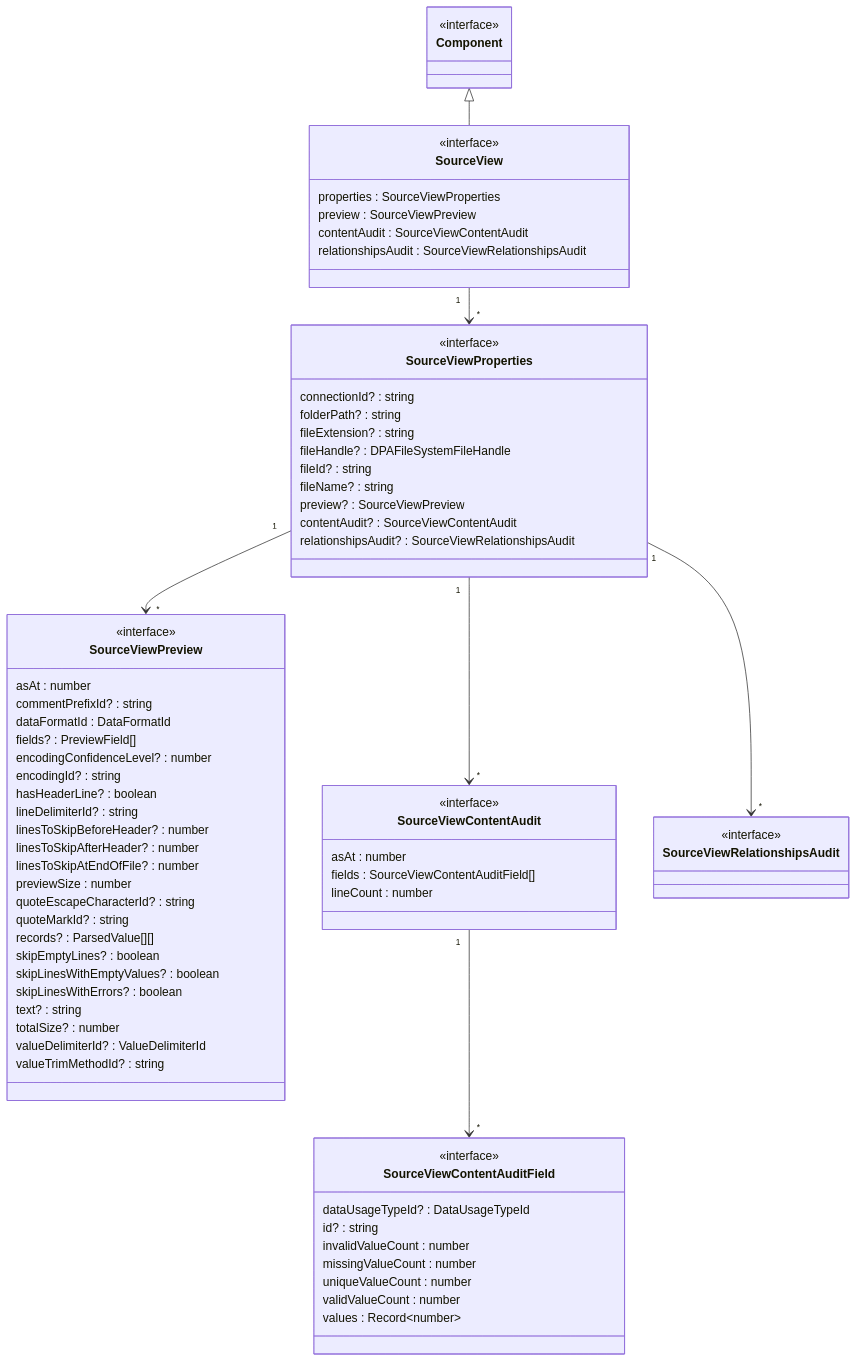
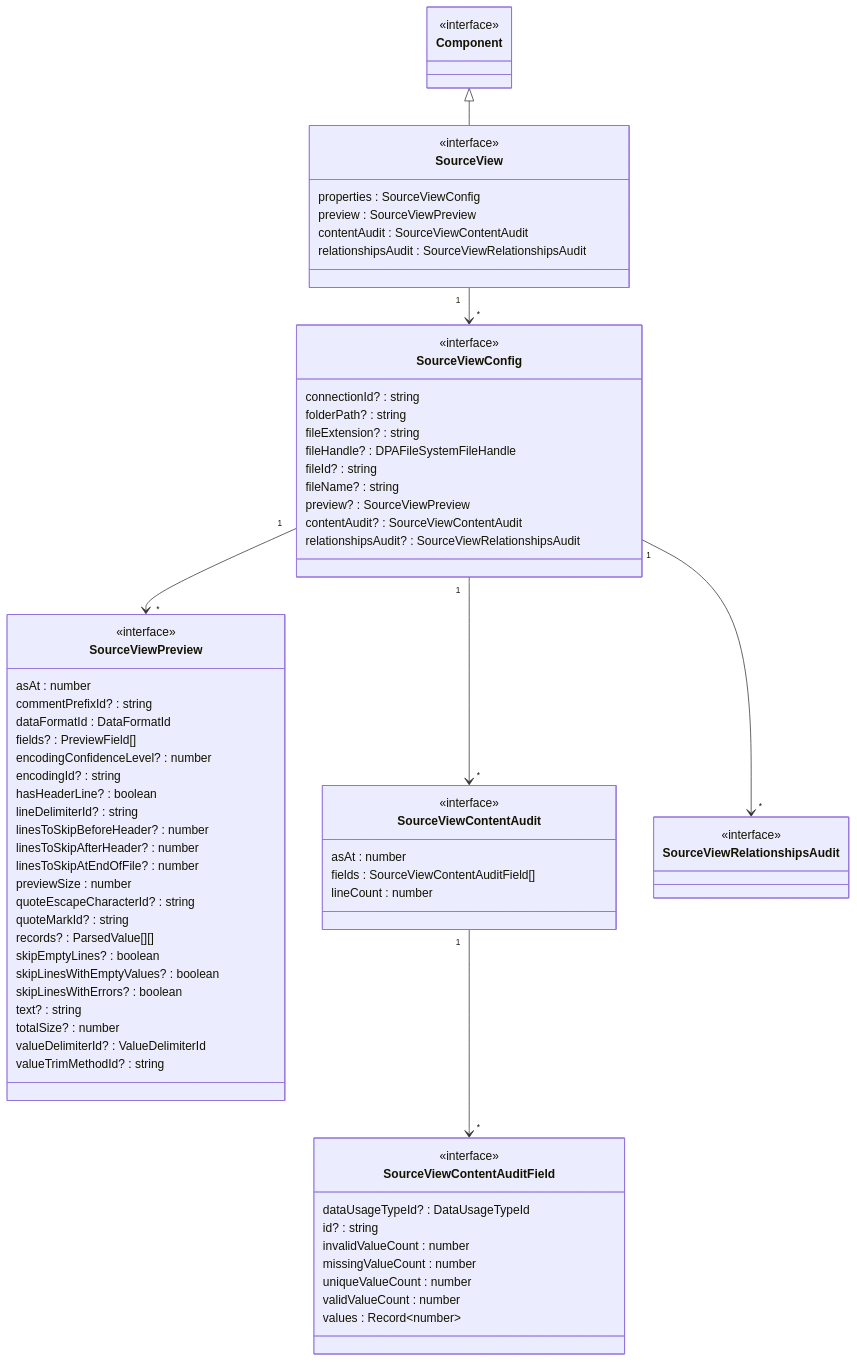
Before and after one commit to data-positioning/datapos-shared: diagram 18 of 22 in README.md, drawn with Mermaid. The commit also changed 3 other files, not shown here.

```diff
--- a/README.md
+++ b/README.md
@@ -604,7 +604,7 @@
 
     class SourceView {
         <<interface>>
-        properties : SourceViewProperties
+        properties : SourceViewConfig
         preview : SourceViewPreview
         contentAudit : SourceViewContentAudit
         relationshipsAudit : SourceViewRelationshipsAudit
@@ -612,7 +612,7 @@
 
     Component <|-- SourceView
 
-    class SourceViewProperties {
+    class SourceViewConfig {
         <<interface>>
         connectionId? : string
         folderPath? : string
@@ -651,11 +651,11 @@
         valueTrimMethodId? : string
     }
 
-    SourceView "1" --> "*" SourceViewProperties
+    SourceView "1" --> "*" SourceViewConfig
 
-    SourceViewProperties "1" --> "*" SourceViewPreview
+    SourceViewConfig "1" --> "*" SourceViewPreview
 
-    SourceViewProperties "1" --> "*" SourceViewContentAudit
+    SourceViewConfig "1" --> "*" SourceViewContentAudit
 
     class SourceViewContentAudit {
         <<interface>>
@@ -685,7 +685,7 @@
         values : Record~number~
     }
 
-    SourceViewProperties "1" --> "*" SourceViewRelationshipsAudit
+    SourceViewConfig "1" --> "*" SourceViewRelationshipsAudit
 
     class SourceViewRelationshipsAudit {
         <<interface>>
```
